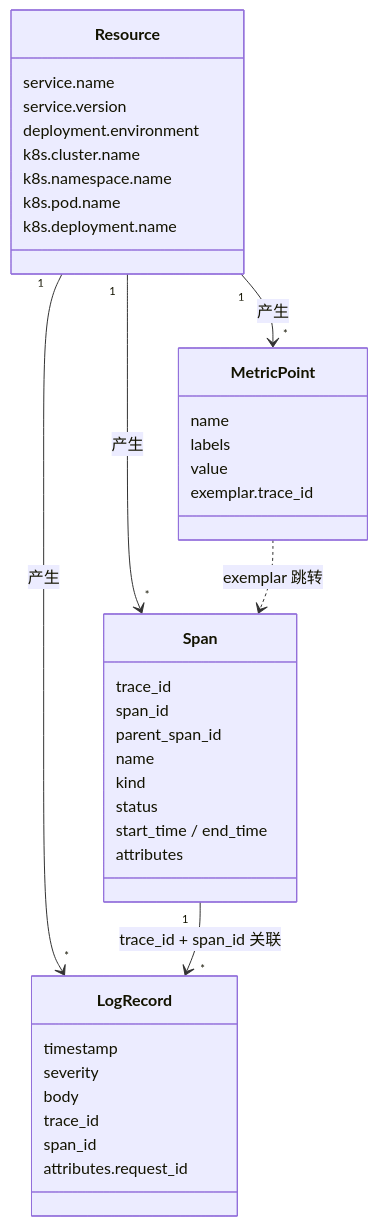
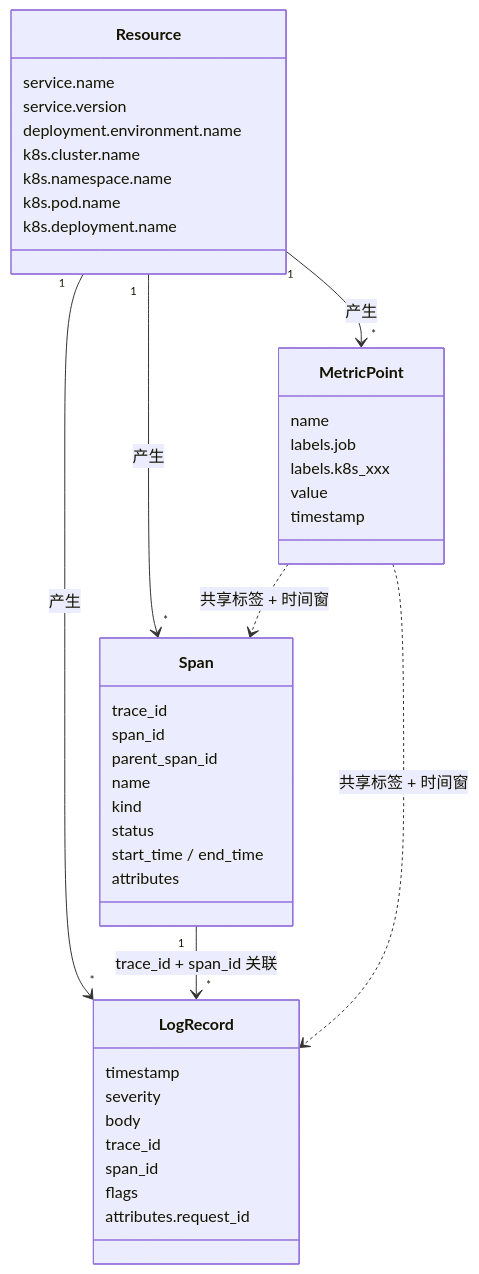
The diagram in observability/docs/diagrams/03-3-2-信号关联模型.mmd (fatfatcd/myInfra), drawn with Mermaid before and after one commit. The commit also changed 65 other files, not shown here.

```diff
--- a/observability/docs/diagrams/03-3-2-信号关联模型.mmd
+++ b/observability/docs/diagrams/03-3-2-信号关联模型.mmd
@@ -1,39 +1,42 @@
 classDiagram
     class Resource {
         service.name
         service.version
-        deployment.environment
+        deployment.environment.name
         k8s.cluster.name
         k8s.namespace.name
         k8s.pod.name
         k8s.deployment.name
     }
     class Span {
         trace_id
         span_id
         parent_span_id
         name
         kind
         status
         start_time / end_time
         attributes
     }
     class LogRecord {
         timestamp
         severity
         body
         trace_id
         span_id
+        flags
         attributes.request_id
     }
     class MetricPoint {
         name
-        labels
+        labels.job
+        labels.k8s_xxx
         value
-        exemplar.trace_id
+        timestamp
     }
     Resource "1" --> "*" Span : 产生
     Resource "1" --> "*" LogRecord : 产生
     Resource "1" --> "*" MetricPoint : 产生
     Span "1" --> "*" LogRecord : trace_id + span_id 关联
-    MetricPoint ..> Span : exemplar 跳转
+    MetricPoint ..> Span : 共享标签 + 时间窗
+    MetricPoint ..> LogRecord : 共享标签 + 时间窗
```
